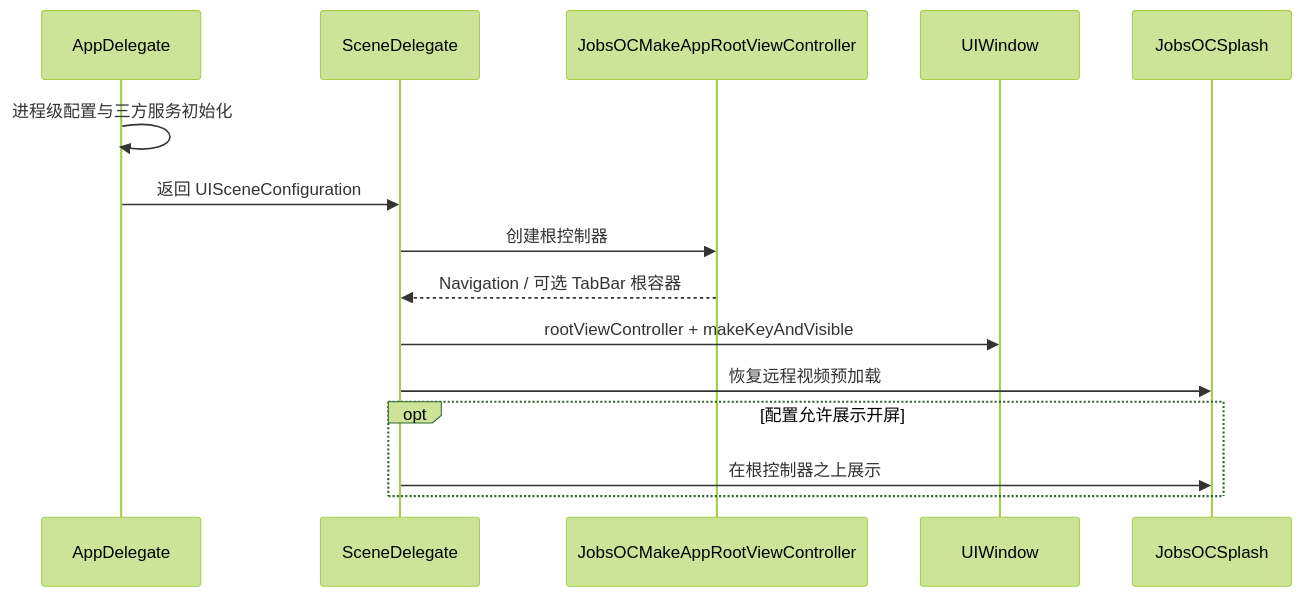
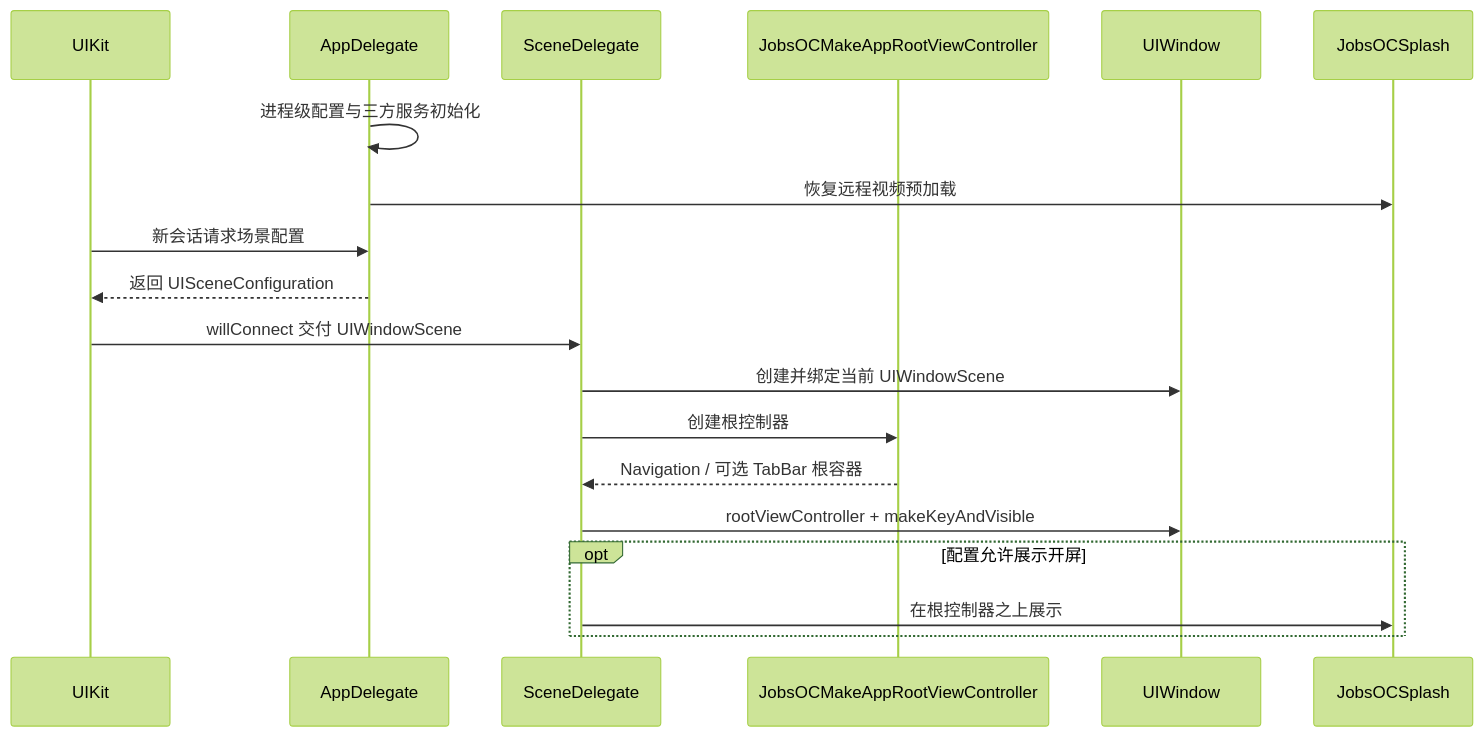
Before and after one commit to JobsKits/JobsOCBaseConfigDemo: the second of 2 diagrams in OCDoc.md/OC工程项目框架配置方案@Jobs.md/OC工程项目框架配置方案@Jobs.md, drawn with Mermaid (forest theme). The commit also changed other lines of this file and 18 other files, not shown here.

````diff
--- a/OCDoc.md/OC工程项目框架配置方案@Jobs.md/OC工程项目框架配置方案@Jobs.md
+++ b/OCDoc.md/OC工程项目框架配置方案@Jobs.md/OC工程项目框架配置方案@Jobs.md
@@ -473,18 +473,22 @@
 ```mermaid
 sequenceDiagram
+    participant System as UIKit
     participant App as AppDelegate
     participant Scene as SceneDelegate
     participant Root as JobsOCMakeAppRootViewController
     participant Window as UIWindow
     participant Splash as JobsOCSplash
 
     App->>App: 进程级配置与三方服务初始化
-    App->>Scene: 返回 UISceneConfiguration
+    App->>Splash: 恢复远程视频预加载
+    System->>App: 新会话请求场景配置
+    App-->>System: 返回 UISceneConfiguration
+    System->>Scene: willConnect 交付 UIWindowScene
+    Scene->>Window: 创建并绑定当前 UIWindowScene
     Scene->>Root: 创建根控制器
     Root-->>Scene: Navigation / 可选 TabBar 根容器
     Scene->>Window: rootViewController + makeKeyAndVisible
-    Scene->>Splash: 恢复远程视频预加载
     opt 配置允许展示开屏
         Scene->>Splash: 在根控制器之上展示
     end
 ```
````
